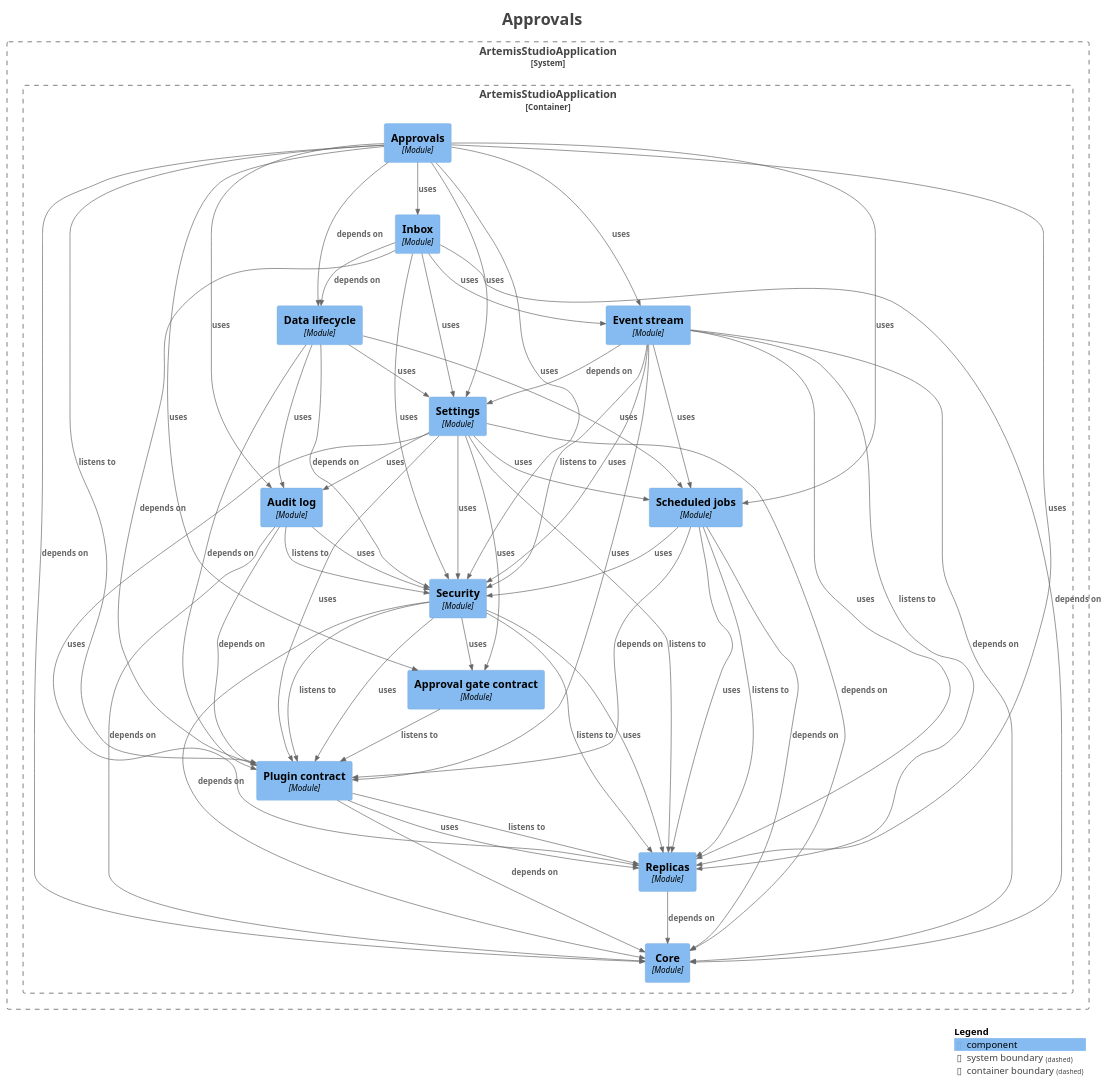
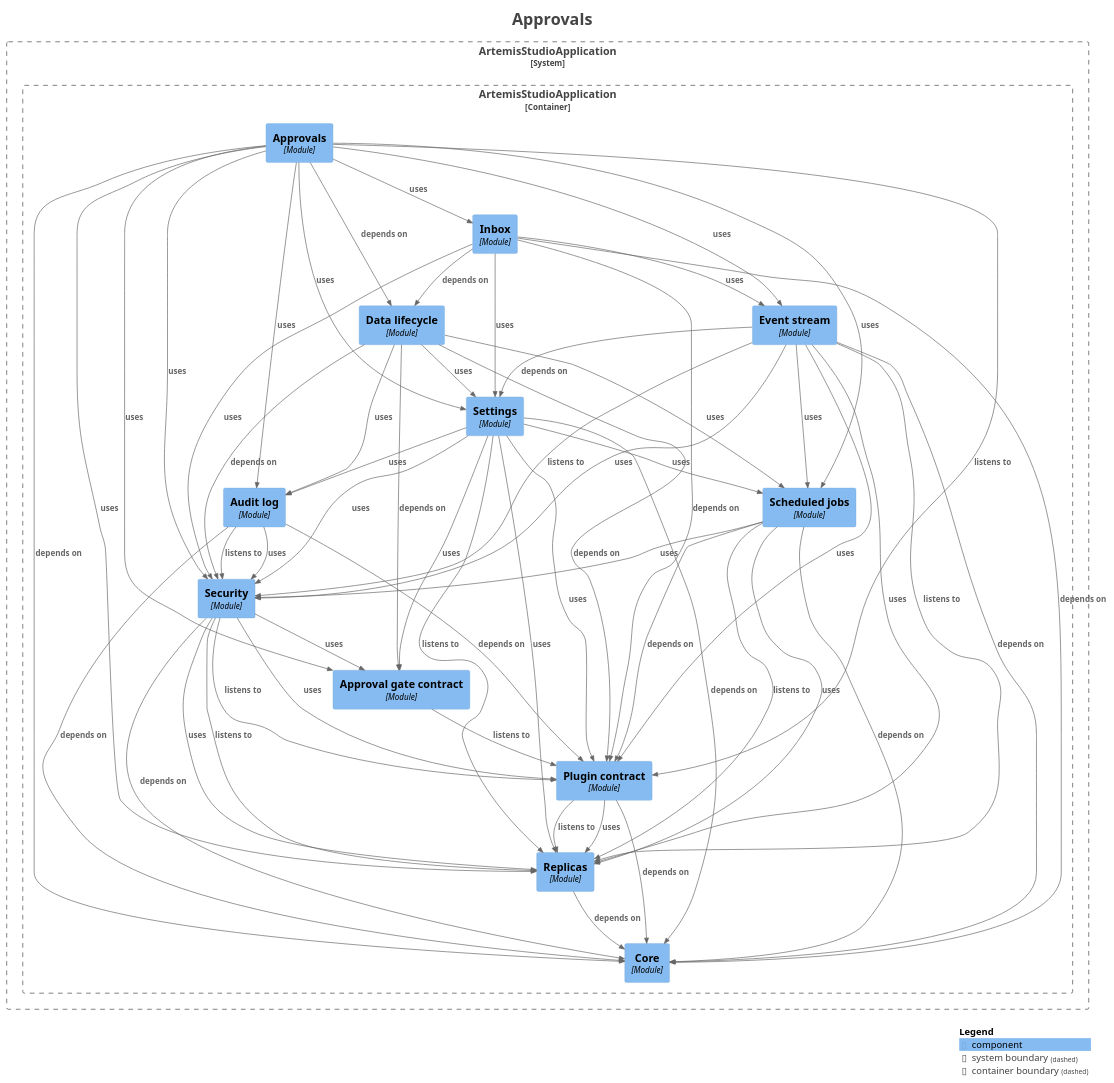
The diagram in docs/modules/module-kernel.approval.puml (sudoitir/artemis-studio), drawn with PlantUML before and after one commit. The commit also changed 13 other files, not shown here.

Commit message:
docs(modules): regenerate the module diagrams for the gate contract's held response and leases

```diff
--- a/docs/modules/module-kernel.approval.puml
+++ b/docs/modules/module-kernel.approval.puml
@@ -1,97 +1,98 @@
 @startuml
 title <size:24>Approvals</size>
 
 set separator none
 top to bottom direction
 
 <style>
   root {
     BackgroundColor: #ffffff
     FontColor: #444444
   }
 </style>
 
 !include <C4/C4>
 !include <C4/C4_Context>
 !include <C4/C4_Component>
 
 System_Boundary("ArtemisStudioApplication_boundary", "ArtemisStudioApplication", $tags="") {
   Container_Boundary("ArtemisStudioApplication.ArtemisStudioApplication_boundary", "ArtemisStudioApplication", $tags="") {
     Component(ArtemisStudioApplication.ArtemisStudioApplication.Approvalgatecontract, "Approval gate contract", $techn="Module", $descr="", $tags="", $link="")
     Component(ArtemisStudioApplication.ArtemisStudioApplication.Approvals, "Approvals", $techn="Module", $descr="", $tags="", $link="")
     Component(ArtemisStudioApplication.ArtemisStudioApplication.Auditlog, "Audit log", $techn="Module", $descr="", $tags="", $link="")
     Component(ArtemisStudioApplication.ArtemisStudioApplication.Core, "Core", $techn="Module", $descr="", $tags="", $link="")
     Component(ArtemisStudioApplication.ArtemisStudioApplication.Datalifecycle, "Data lifecycle", $techn="Module", $descr="", $tags="", $link="")
     Component(ArtemisStudioApplication.ArtemisStudioApplication.Eventstream, "Event stream", $techn="Module", $descr="", $tags="", $link="")
     Component(ArtemisStudioApplication.ArtemisStudioApplication.Inbox, "Inbox", $techn="Module", $descr="", $tags="", $link="")
     Component(ArtemisStudioApplication.ArtemisStudioApplication.Plugincontract, "Plugin contract", $techn="Module", $descr="", $tags="", $link="")
     Component(ArtemisStudioApplication.ArtemisStudioApplication.Replicas, "Replicas", $techn="Module", $descr="", $tags="", $link="")
     Component(ArtemisStudioApplication.ArtemisStudioApplication.Scheduledjobs, "Scheduled jobs", $techn="Module", $descr="", $tags="", $link="")
     Component(ArtemisStudioApplication.ArtemisStudioApplication.Security, "Security", $techn="Module", $descr="", $tags="", $link="")
     Component(ArtemisStudioApplication.ArtemisStudioApplication.Settings, "Settings", $techn="Module", $descr="", $tags="", $link="")
   }
 
 }
 
 Rel(ArtemisStudioApplication.ArtemisStudioApplication.Approvalgatecontract, ArtemisStudioApplication.ArtemisStudioApplication.Plugincontract, "listens to", $techn="", $tags="", $link="")
 Rel(ArtemisStudioApplication.ArtemisStudioApplication.Approvals, ArtemisStudioApplication.ArtemisStudioApplication.Approvalgatecontract, "uses", $techn="", $tags="", $link="")
 Rel(ArtemisStudioApplication.ArtemisStudioApplication.Approvals, ArtemisStudioApplication.ArtemisStudioApplication.Auditlog, "uses", $techn="", $tags="", $link="")
 Rel(ArtemisStudioApplication.ArtemisStudioApplication.Approvals, ArtemisStudioApplication.ArtemisStudioApplication.Core, "depends on", $techn="", $tags="", $link="")
 Rel(ArtemisStudioApplication.ArtemisStudioApplication.Approvals, ArtemisStudioApplication.ArtemisStudioApplication.Datalifecycle, "depends on", $techn="", $tags="", $link="")
 Rel(ArtemisStudioApplication.ArtemisStudioApplication.Approvals, ArtemisStudioApplication.ArtemisStudioApplication.Eventstream, "uses", $techn="", $tags="", $link="")
 Rel(ArtemisStudioApplication.ArtemisStudioApplication.Approvals, ArtemisStudioApplication.ArtemisStudioApplication.Inbox, "uses", $techn="", $tags="", $link="")
 Rel(ArtemisStudioApplication.ArtemisStudioApplication.Approvals, ArtemisStudioApplication.ArtemisStudioApplication.Plugincontract, "listens to", $techn="", $tags="", $link="")
 Rel(ArtemisStudioApplication.ArtemisStudioApplication.Approvals, ArtemisStudioApplication.ArtemisStudioApplication.Replicas, "uses", $techn="", $tags="", $link="")
 Rel(ArtemisStudioApplication.ArtemisStudioApplication.Approvals, ArtemisStudioApplication.ArtemisStudioApplication.Scheduledjobs, "uses", $techn="", $tags="", $link="")
 Rel(ArtemisStudioApplication.ArtemisStudioApplication.Approvals, ArtemisStudioApplication.ArtemisStudioApplication.Security, "uses", $techn="", $tags="", $link="")
 Rel(ArtemisStudioApplication.ArtemisStudioApplication.Approvals, ArtemisStudioApplication.ArtemisStudioApplication.Settings, "uses", $techn="", $tags="", $link="")
 Rel(ArtemisStudioApplication.ArtemisStudioApplication.Auditlog, ArtemisStudioApplication.ArtemisStudioApplication.Core, "depends on", $techn="", $tags="", $link="")
 Rel(ArtemisStudioApplication.ArtemisStudioApplication.Auditlog, ArtemisStudioApplication.ArtemisStudioApplication.Plugincontract, "depends on", $techn="", $tags="", $link="")
 Rel(ArtemisStudioApplication.ArtemisStudioApplication.Auditlog, ArtemisStudioApplication.ArtemisStudioApplication.Security, "listens to", $techn="", $tags="", $link="")
 Rel(ArtemisStudioApplication.ArtemisStudioApplication.Auditlog, ArtemisStudioApplication.ArtemisStudioApplication.Security, "uses", $techn="", $tags="", $link="")
+Rel(ArtemisStudioApplication.ArtemisStudioApplication.Datalifecycle, ArtemisStudioApplication.ArtemisStudioApplication.Approvalgatecontract, "depends on", $techn="", $tags="", $link="")
 Rel(ArtemisStudioApplication.ArtemisStudioApplication.Datalifecycle, ArtemisStudioApplication.ArtemisStudioApplication.Auditlog, "uses", $techn="", $tags="", $link="")
 Rel(ArtemisStudioApplication.ArtemisStudioApplication.Datalifecycle, ArtemisStudioApplication.ArtemisStudioApplication.Plugincontract, "depends on", $techn="", $tags="", $link="")
 Rel(ArtemisStudioApplication.ArtemisStudioApplication.Datalifecycle, ArtemisStudioApplication.ArtemisStudioApplication.Scheduledjobs, "uses", $techn="", $tags="", $link="")
 Rel(ArtemisStudioApplication.ArtemisStudioApplication.Datalifecycle, ArtemisStudioApplication.ArtemisStudioApplication.Security, "depends on", $techn="", $tags="", $link="")
 Rel(ArtemisStudioApplication.ArtemisStudioApplication.Datalifecycle, ArtemisStudioApplication.ArtemisStudioApplication.Settings, "uses", $techn="", $tags="", $link="")
 Rel(ArtemisStudioApplication.ArtemisStudioApplication.Eventstream, ArtemisStudioApplication.ArtemisStudioApplication.Core, "depends on", $techn="", $tags="", $link="")
 Rel(ArtemisStudioApplication.ArtemisStudioApplication.Eventstream, ArtemisStudioApplication.ArtemisStudioApplication.Plugincontract, "uses", $techn="", $tags="", $link="")
 Rel(ArtemisStudioApplication.ArtemisStudioApplication.Eventstream, ArtemisStudioApplication.ArtemisStudioApplication.Replicas, "listens to", $techn="", $tags="", $link="")
 Rel(ArtemisStudioApplication.ArtemisStudioApplication.Eventstream, ArtemisStudioApplication.ArtemisStudioApplication.Replicas, "uses", $techn="", $tags="", $link="")
 Rel(ArtemisStudioApplication.ArtemisStudioApplication.Eventstream, ArtemisStudioApplication.ArtemisStudioApplication.Scheduledjobs, "uses", $techn="", $tags="", $link="")
 Rel(ArtemisStudioApplication.ArtemisStudioApplication.Eventstream, ArtemisStudioApplication.ArtemisStudioApplication.Security, "listens to", $techn="", $tags="", $link="")
 Rel(ArtemisStudioApplication.ArtemisStudioApplication.Eventstream, ArtemisStudioApplication.ArtemisStudioApplication.Security, "uses", $techn="", $tags="", $link="")
 Rel(ArtemisStudioApplication.ArtemisStudioApplication.Eventstream, ArtemisStudioApplication.ArtemisStudioApplication.Settings, "depends on", $techn="", $tags="", $link="")
 Rel(ArtemisStudioApplication.ArtemisStudioApplication.Inbox, ArtemisStudioApplication.ArtemisStudioApplication.Core, "depends on", $techn="", $tags="", $link="")
 Rel(ArtemisStudioApplication.ArtemisStudioApplication.Inbox, ArtemisStudioApplication.ArtemisStudioApplication.Datalifecycle, "depends on", $techn="", $tags="", $link="")
 Rel(ArtemisStudioApplication.ArtemisStudioApplication.Inbox, ArtemisStudioApplication.ArtemisStudioApplication.Eventstream, "uses", $techn="", $tags="", $link="")
 Rel(ArtemisStudioApplication.ArtemisStudioApplication.Inbox, ArtemisStudioApplication.ArtemisStudioApplication.Plugincontract, "depends on", $techn="", $tags="", $link="")
 Rel(ArtemisStudioApplication.ArtemisStudioApplication.Inbox, ArtemisStudioApplication.ArtemisStudioApplication.Security, "uses", $techn="", $tags="", $link="")
 Rel(ArtemisStudioApplication.ArtemisStudioApplication.Inbox, ArtemisStudioApplication.ArtemisStudioApplication.Settings, "uses", $techn="", $tags="", $link="")
 Rel(ArtemisStudioApplication.ArtemisStudioApplication.Plugincontract, ArtemisStudioApplication.ArtemisStudioApplication.Core, "depends on", $techn="", $tags="", $link="")
 Rel(ArtemisStudioApplication.ArtemisStudioApplication.Plugincontract, ArtemisStudioApplication.ArtemisStudioApplication.Replicas, "listens to", $techn="", $tags="", $link="")
 Rel(ArtemisStudioApplication.ArtemisStudioApplication.Plugincontract, ArtemisStudioApplication.ArtemisStudioApplication.Replicas, "uses", $techn="", $tags="", $link="")
 Rel(ArtemisStudioApplication.ArtemisStudioApplication.Replicas, ArtemisStudioApplication.ArtemisStudioApplication.Core, "depends on", $techn="", $tags="", $link="")
 Rel(ArtemisStudioApplication.ArtemisStudioApplication.Scheduledjobs, ArtemisStudioApplication.ArtemisStudioApplication.Core, "depends on", $techn="", $tags="", $link="")
 Rel(ArtemisStudioApplication.ArtemisStudioApplication.Scheduledjobs, ArtemisStudioApplication.ArtemisStudioApplication.Plugincontract, "depends on", $techn="", $tags="", $link="")
 Rel(ArtemisStudioApplication.ArtemisStudioApplication.Scheduledjobs, ArtemisStudioApplication.ArtemisStudioApplication.Replicas, "listens to", $techn="", $tags="", $link="")
 Rel(ArtemisStudioApplication.ArtemisStudioApplication.Scheduledjobs, ArtemisStudioApplication.ArtemisStudioApplication.Replicas, "uses", $techn="", $tags="", $link="")
 Rel(ArtemisStudioApplication.ArtemisStudioApplication.Scheduledjobs, ArtemisStudioApplication.ArtemisStudioApplication.Security, "uses", $techn="", $tags="", $link="")
 Rel(ArtemisStudioApplication.ArtemisStudioApplication.Security, ArtemisStudioApplication.ArtemisStudioApplication.Approvalgatecontract, "uses", $techn="", $tags="", $link="")
 Rel(ArtemisStudioApplication.ArtemisStudioApplication.Security, ArtemisStudioApplication.ArtemisStudioApplication.Core, "depends on", $techn="", $tags="", $link="")
 Rel(ArtemisStudioApplication.ArtemisStudioApplication.Security, ArtemisStudioApplication.ArtemisStudioApplication.Plugincontract, "listens to", $techn="", $tags="", $link="")
 Rel(ArtemisStudioApplication.ArtemisStudioApplication.Security, ArtemisStudioApplication.ArtemisStudioApplication.Plugincontract, "uses", $techn="", $tags="", $link="")
 Rel(ArtemisStudioApplication.ArtemisStudioApplication.Security, ArtemisStudioApplication.ArtemisStudioApplication.Replicas, "listens to", $techn="", $tags="", $link="")
 Rel(ArtemisStudioApplication.ArtemisStudioApplication.Security, ArtemisStudioApplication.ArtemisStudioApplication.Replicas, "uses", $techn="", $tags="", $link="")
 Rel(ArtemisStudioApplication.ArtemisStudioApplication.Settings, ArtemisStudioApplication.ArtemisStudioApplication.Approvalgatecontract, "uses", $techn="", $tags="", $link="")
 Rel(ArtemisStudioApplication.ArtemisStudioApplication.Settings, ArtemisStudioApplication.ArtemisStudioApplication.Auditlog, "uses", $techn="", $tags="", $link="")
 Rel(ArtemisStudioApplication.ArtemisStudioApplication.Settings, ArtemisStudioApplication.ArtemisStudioApplication.Core, "depends on", $techn="", $tags="", $link="")
 Rel(ArtemisStudioApplication.ArtemisStudioApplication.Settings, ArtemisStudioApplication.ArtemisStudioApplication.Plugincontract, "uses", $techn="", $tags="", $link="")
 Rel(ArtemisStudioApplication.ArtemisStudioApplication.Settings, ArtemisStudioApplication.ArtemisStudioApplication.Replicas, "listens to", $techn="", $tags="", $link="")
 Rel(ArtemisStudioApplication.ArtemisStudioApplication.Settings, ArtemisStudioApplication.ArtemisStudioApplication.Replicas, "uses", $techn="", $tags="", $link="")
 Rel(ArtemisStudioApplication.ArtemisStudioApplication.Settings, ArtemisStudioApplication.ArtemisStudioApplication.Scheduledjobs, "uses", $techn="", $tags="", $link="")
 Rel(ArtemisStudioApplication.ArtemisStudioApplication.Settings, ArtemisStudioApplication.ArtemisStudioApplication.Security, "uses", $techn="", $tags="", $link="")
 
 SHOW_LEGEND(true)
 hide stereotypes
 @enduml
```
